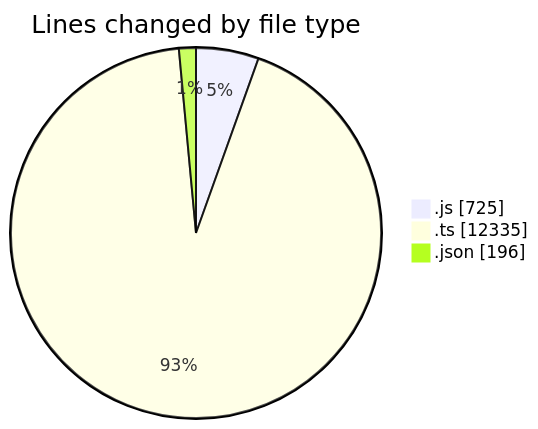
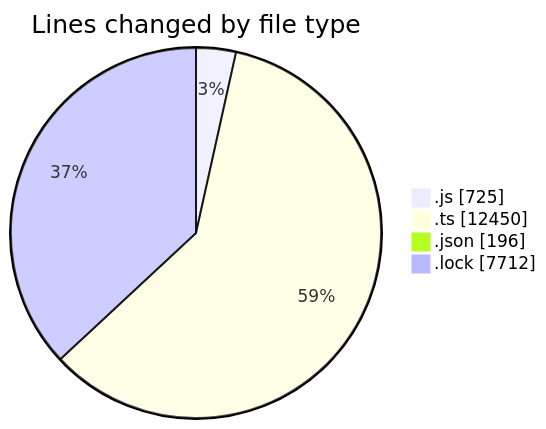
Before and after one commit to momahboobian/code-tracking: the first of 2 diagrams in 2025-05-29/cda/README.md, drawn with Mermaid. The commit also changed other lines of this file and 1 other file, not shown here.

````diff
--- a/2025-05-29/cda/README.md
+++ b/2025-05-29/cda/README.md
@@ -33,7 +35,8 @@
 ```mermaid
 pie showData
 title Lines changed by file type
 ".js" : 725
-".ts" : 12335
+".ts" : 12450
 ".json" : 196
+".lock" : 7712
 ```
````
